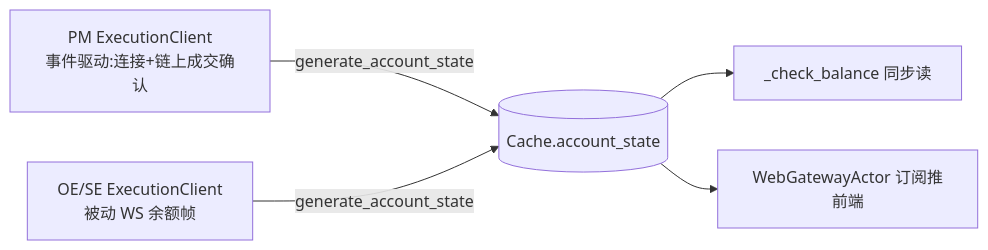
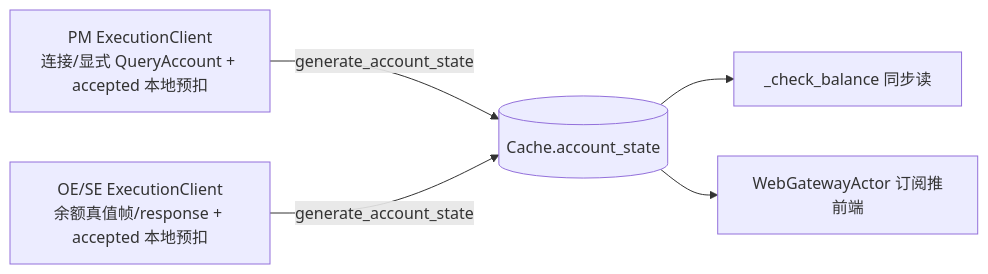
One commit to psnewer/nautilus_trader changed the second of 3 diagrams in docs/arbitrage/architectures/risk/architecture.md. Above: the diagram before and after it, drawn with Mermaid. The commit also changed other lines of this file and 14 other files, not shown here.

````diff
--- a/docs/arbitrage/architectures/risk/architecture.md
+++ b/docs/arbitrage/architectures/risk/architecture.md
@@ -56,7 +59,7 @@
 ```mermaid
 flowchart LR
-  PM[PM ExecutionClient<br/>事件驱动:连接+链上成交确认] -->|generate_account_state| CACHE[(Cache.account_state)]
-  DEC[OE/SE ExecutionClient<br/>被动 WS 余额帧] -->|generate_account_state| CACHE
+  PM[PM ExecutionClient<br/>连接/显式 QueryAccount + accepted 本地预扣] -->|generate_account_state| CACHE[(Cache.account_state)]
+  DEC[OE/SE ExecutionClient<br/>余额真值帧/response + accepted 本地预扣] -->|generate_account_state| CACHE
   CACHE --> RB[_check_balance 同步读]
   CACHE --> WG[WebGatewayActor 订阅推前端]
 ```
````
